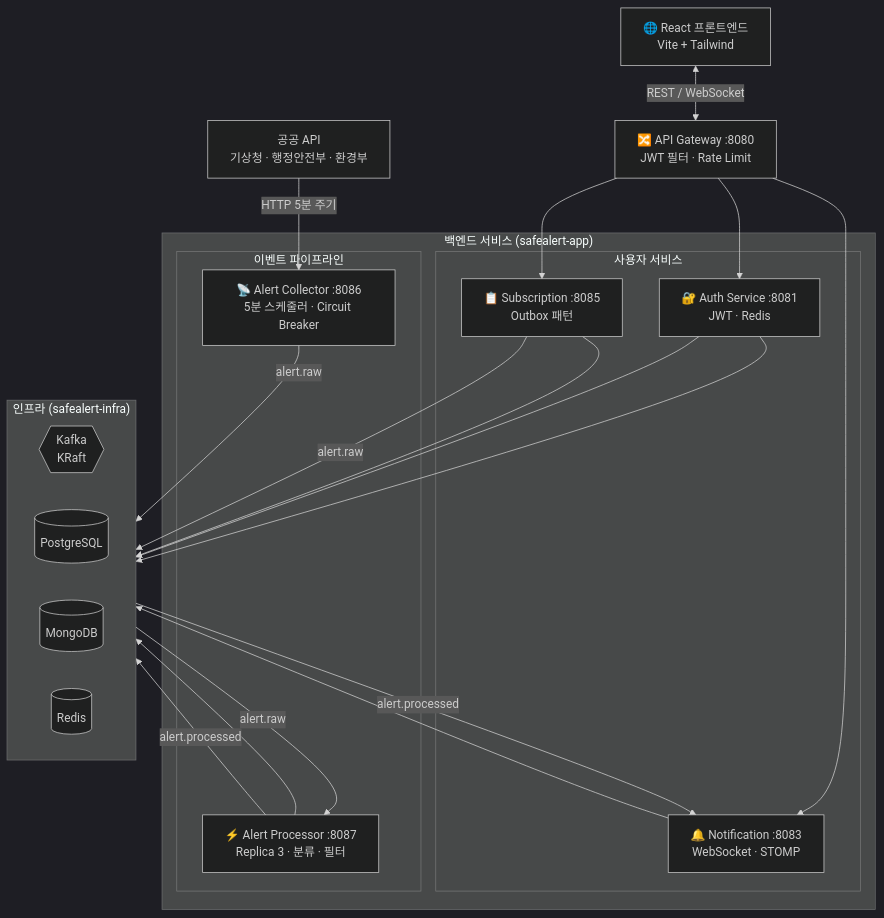
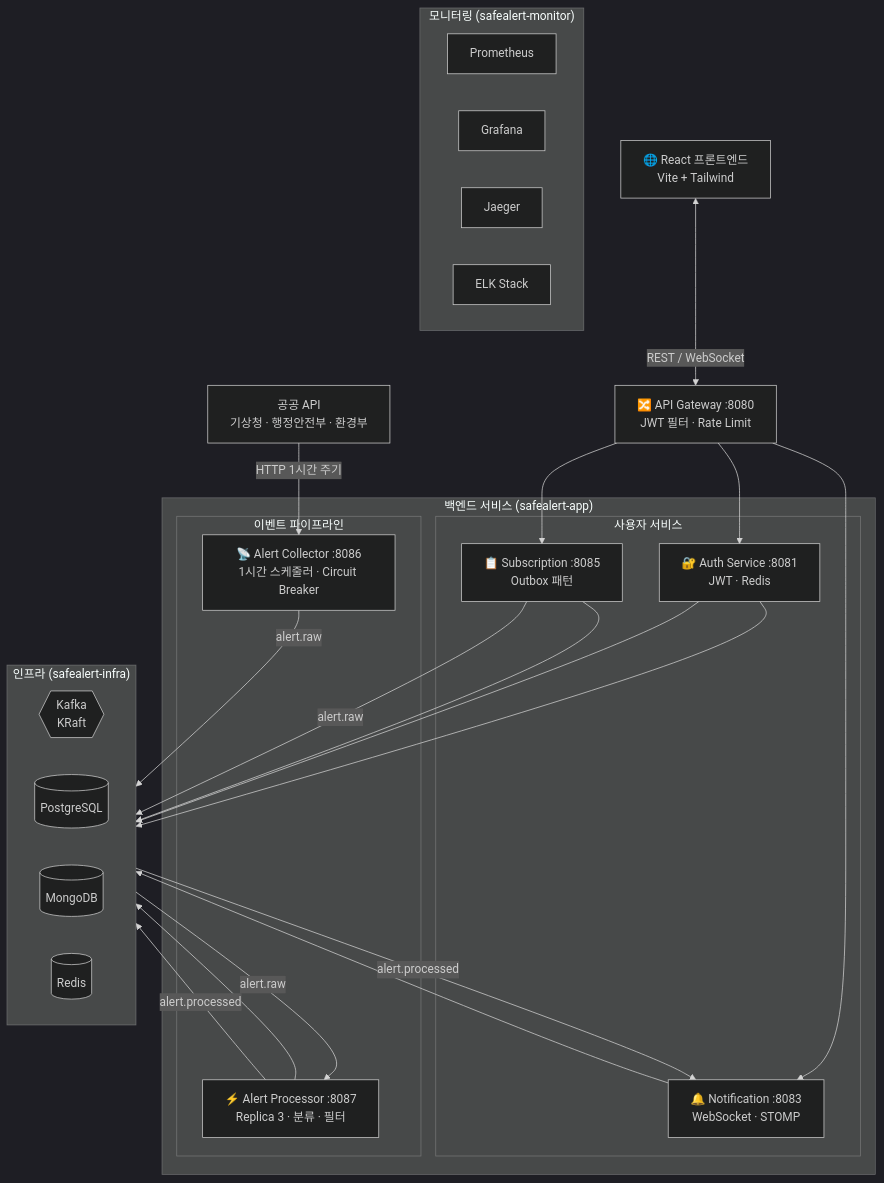
One commit to hhho0coco1-star/SafeAlert changed the diagram in README.md. Above: the diagram before and after it, drawn with Mermaid (dark theme). The commit also changed other lines of this file and 3 other files, not shown here.

````diff
--- a/README.md
+++ b/README.md
@@ -58,40 +63,48 @@
 ```mermaid
 graph TB
     ExtAPI["공공 API\n기상청 · 행정안전부 · 환경부"]
     Client["🌐 React 프론트엔드\nVite + Tailwind"]
     Gateway["🔀 API Gateway :8080\nJWT 필터 · Rate Limit"]
 
     subgraph App["백엔드 서비스 (safealert-app)"]
         subgraph UserServices["사용자 서비스"]
             Auth["🔐 Auth Service :8081\nJWT · Redis"]
             Sub["📋 Subscription :8085\nOutbox 패턴"]
             Noti["🔔 Notification :8083\nWebSocket · STOMP"]
         end
         subgraph Pipeline["이벤트 파이프라인"]
-            Collector["📡 Alert Collector :8086\n5분 스케줄러 · Circuit Breaker"]
+            Collector["📡 Alert Collector :8086\n1시간 스케줄러 · Circuit Breaker"]
             Processor["⚡ Alert Processor :8087\nReplica 3 · 분류 · 필터"]
         end
     end
 
     subgraph Infra["인프라 (safealert-infra)"]
         direction LR
         Kafka{{"Kafka\nKRaft"}}
         PG[("PostgreSQL")]
         Mongo[("MongoDB")]
         Redis[("Redis")]
     end
 
-    ExtAPI -->|"HTTP 5분 주기"| Collector
+    subgraph Monitor["모니터링 (safealert-monitor)"]
+        direction LR
+        Prometheus["Prometheus"]
+        Grafana["Grafana"]
+        Jaeger["Jaeger"]
+        ELK["ELK Stack"]
+    end
+
+    ExtAPI -->|"HTTP 1시간 주기"| Collector
     Client <-->|"REST / WebSocket"| Gateway
     Gateway --> Auth & Sub & Noti
 
     Auth --> PG & Redis
     Sub --> PG
     Sub -->|"alert.raw"| Kafka
     Collector -->|"alert.raw"| Kafka
     Kafka -->|"alert.raw"| Processor
     Processor --> Mongo
     Processor -->|"alert.processed"| Kafka
     Kafka -->|"alert.processed"| Noti
     Noti --> PG
 ```
````
